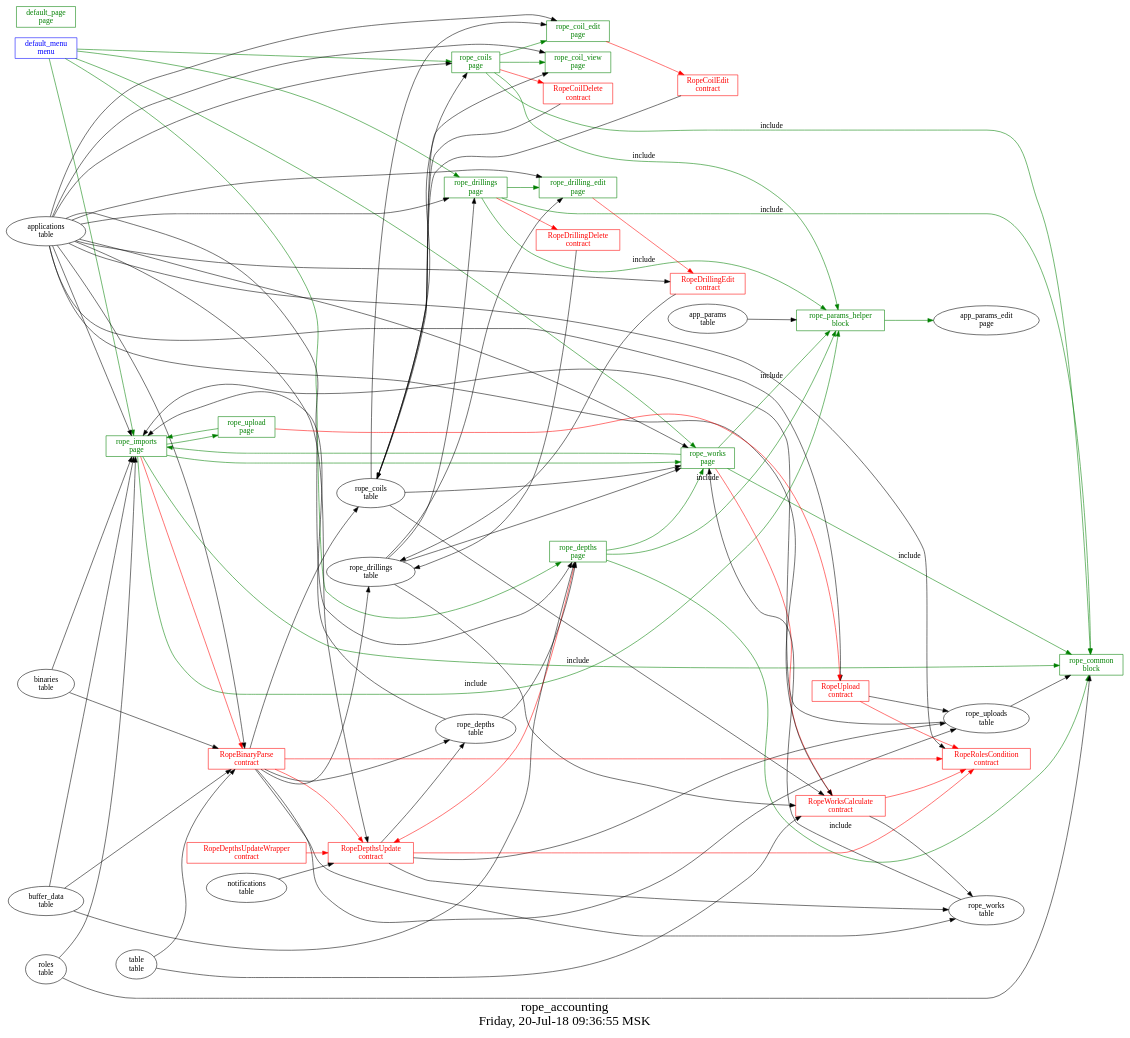
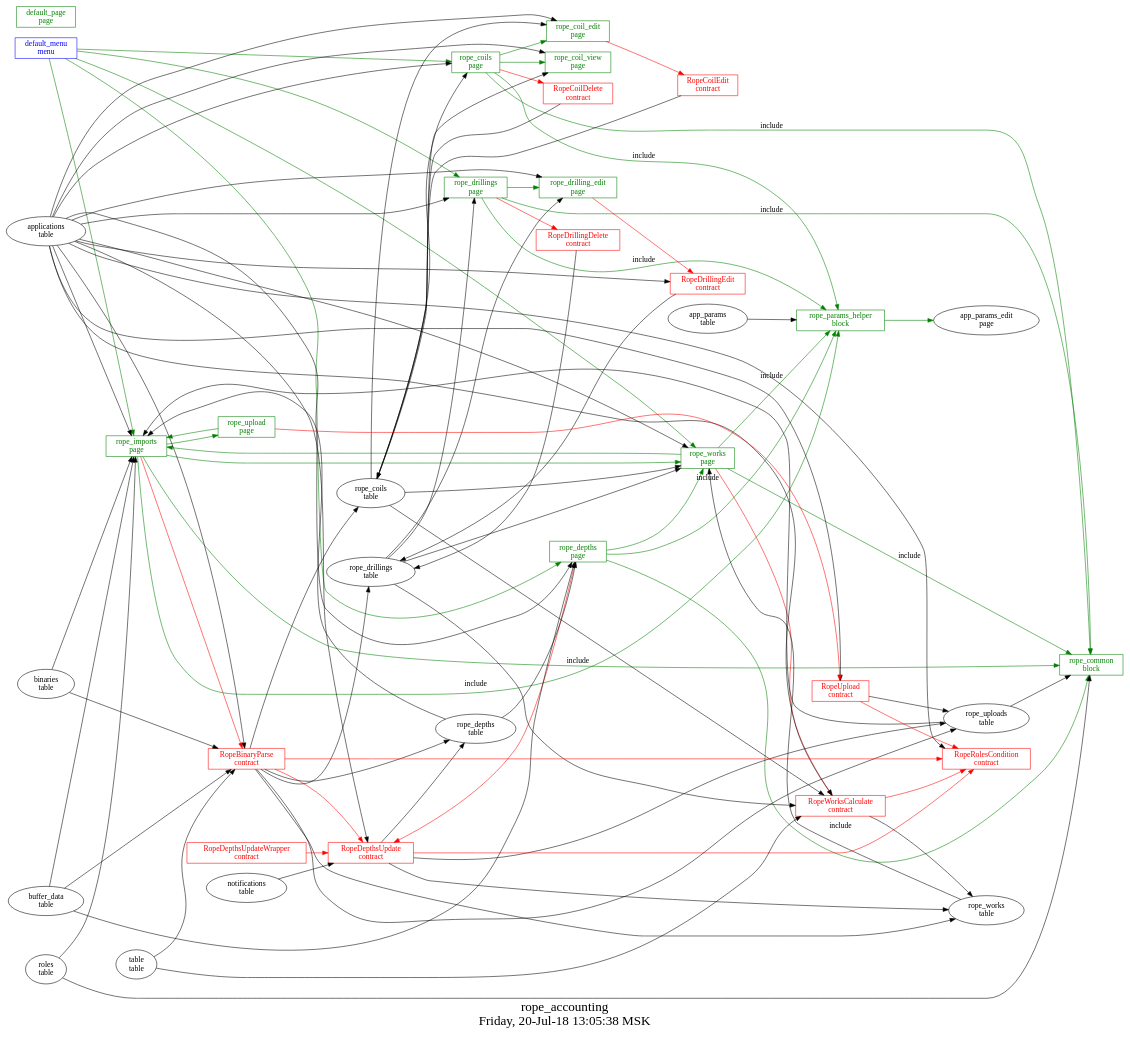
The diagram in src/rope_accounting/struct.dot (AplaProject/apps), drawn with Graphviz before and after one commit. The commit also changed 18 other files, not shown here.

```diff
--- a/src/rope_accounting/struct.dot
+++ b/src/rope_accounting/struct.dot
@@ -1,129 +1,129 @@
 digraph G {
 graph [
   fontsize="24";
-  label="rope_accounting\nFriday, 20-Jul-18 09:36:55 MSK";
+  label="rope_accounting\nFriday, 20-Jul-18 13:05:38 MSK";
   nojustify=true;
   ordering=out;
   rankdir=LR;
   size="30";
 ];
 "default_menu\nmenu" -> "rope_imports\npage"  [ color=green ]
 "default_menu\nmenu" -> "rope_works\npage"  [ color=green ]
 "default_menu\nmenu" -> "rope_depths\npage"  [ color=green ]
 "default_menu\nmenu" -> "rope_drillings\npage"  [ color=green ]
 "default_menu\nmenu" -> "rope_coils\npage"  [ color=green ]
 "default_menu\nmenu" [color=blue, fontcolor=blue, group=menus, shape=record];
 "default_page\npage" [color=green, fontcolor=green, group=pages, shape=record];
 "rope_coil_edit\npage" -> "RopeCoilEdit\ncontract"  [ color=red ]
 "applications\ntable" -> "rope_coil_edit\npage"
 "rope_coils\ntable" -> "rope_coil_edit\npage"
 "rope_coil_edit\npage" [color=green, fontcolor=green, group=pages, shape=record];
 "applications\ntable" -> "rope_coil_view\npage"
 "rope_coils\ntable" -> "rope_coil_view\npage"
 "rope_coil_view\npage" [color=green, fontcolor=green, group=pages, shape=record];
 "rope_coils\npage" -> "RopeCoilDelete\ncontract"  [ color=red ]
 "applications\ntable" -> "rope_coils\npage"
 "rope_coils\ntable" -> "rope_coils\npage"
 "rope_coils\npage" -> "rope_coil_edit\npage"  [ color=green ]
 "rope_coils\npage" -> "rope_coil_view\npage"  [ color=green ]
 "rope_coils\npage" -> "rope_common\nblock"  [ color=green, label=include ]
 "rope_coils\npage" -> "rope_params_helper\nblock"  [ color=green, label=include ]
 "rope_coils\npage" [color=green, fontcolor=green, group=pages, shape=record];
 "rope_depths\npage" -> "RopeDepthsUpdate\ncontract"  [ color=red ]
 "applications\ntable" -> "rope_depths\npage"
 "rope_depths\ntable" -> "rope_depths\npage"
 "buffer_data\ntable" -> "rope_depths\npage"
 "rope_depths\npage" -> "rope_works\npage"  [ color=green ]
 "rope_depths\npage" -> "rope_common\nblock"  [ color=green, label=include ]
 "rope_depths\npage" -> "rope_params_helper\nblock"  [ color=green, label=include ]
 "rope_depths\npage" [color=green, fontcolor=green, group=pages, shape=record];
 "rope_drilling_edit\npage" -> "RopeDrillingEdit\ncontract"  [ color=red ]
 "applications\ntable" -> "rope_drilling_edit\npage"
 "rope_drillings\ntable" -> "rope_drilling_edit\npage"
 "rope_drilling_edit\npage" [color=green, fontcolor=green, group=pages, shape=record];
 "rope_drillings\npage" -> "RopeDrillingDelete\ncontract"  [ color=red ]
 "applications\ntable" -> "rope_drillings\npage"
 "rope_drillings\ntable" -> "rope_drillings\npage"
 "rope_drillings\npage" -> "rope_drilling_edit\npage"  [ color=green ]
 "rope_drillings\npage" -> "rope_common\nblock"  [ color=green, label=include ]
 "rope_drillings\npage" -> "rope_params_helper\nblock"  [ color=green, label=include ]
 "rope_drillings\npage" [color=green, fontcolor=green, group=pages, shape=record];
 "rope_imports\npage" -> "RopeBinaryParse\ncontract"  [ color=red ]
 "applications\ntable" -> "rope_imports\npage"
 "roles\ntable" -> "rope_imports\npage"
 "rope_uploads\ntable" -> "rope_imports\npage"
 "binaries\ntable" -> "rope_imports\npage"
 "rope_depths\ntable" -> "rope_imports\npage"
 "buffer_data\ntable" -> "rope_imports\npage"
 "rope_imports\npage" -> "rope_upload\npage"  [ color=green ]
 "rope_imports\npage" -> "rope_works\npage"  [ color=green ]
 "rope_imports\npage" -> "rope_common\nblock"  [ color=green, label=include ]
 "rope_imports\npage" -> "rope_params_helper\nblock"  [ color=green, label=include ]
 "rope_imports\npage" [color=green, fontcolor=green, group=pages, shape=record];
 "rope_upload\npage" -> "RopeUpload\ncontract"  [ color=red ]
 "rope_upload\npage" -> "rope_imports\npage"  [ color=green ]
 "rope_upload\npage" [color=green, fontcolor=green, group=pages, shape=record];
 "rope_works\npage" -> "RopeWorksCalculate\ncontract"  [ color=red ]
 "applications\ntable" -> "rope_works\npage"
 "rope_works\ntable" -> "rope_works\npage"
 "rope_drillings\ntable" -> "rope_works\npage"
 "rope_coils\ntable" -> "rope_works\npage"
 "rope_works\npage" -> "rope_imports\npage"  [ color=green ]
 "rope_works\npage" -> "rope_common\nblock"  [ color=green, label=include ]
 "rope_works\npage" -> "rope_params_helper\nblock"  [ color=green, label=include ]
 "rope_works\npage" [color=green, fontcolor=green, group=pages, shape=record];
 "roles\ntable" -> "rope_common\nblock"
 "rope_uploads\ntable" -> "rope_common\nblock"
 "rope_common\nblock" [color=green, fontcolor=green, group=blocks, shape=record];
 "app_params\ntable" -> "rope_params_helper\nblock"
 "rope_params_helper\nblock" -> "app_params_edit\npage"  [ color=green ]
 "rope_params_helper\nblock" [color=green, fontcolor=green, group=blocks, shape=record];
 "RopeBinaryParse\ncontract" -> "RopeDepthsUpdate\ncontract"  [ color=red ]
 "RopeBinaryParse\ncontract" -> "RopeRolesCondition\ncontract"  [ color=red ]
 "RopeBinaryParse\ncontract" -> "rope_coils\ntable"  [ color="" ]
 "RopeBinaryParse\ncontract" -> "rope_drillings\ntable"  [ color="" ]
 "RopeBinaryParse\ncontract" -> "rope_works\ntable"  [ color="" ]
 "RopeBinaryParse\ncontract" -> "rope_depths\ntable"  [ color="" ]
 "RopeBinaryParse\ncontract" -> "rope_uploads\ntable"  [ color="" ]
 "table\ntable" -> "RopeBinaryParse\ncontract"
 "buffer_data\ntable" -> "RopeBinaryParse\ncontract"
 "binaries\ntable" -> "RopeBinaryParse\ncontract"
 "applications\ntable" -> "RopeBinaryParse\ncontract"
 "RopeBinaryParse\ncontract" [color=red, fontcolor=red, group=contracts, shape=record];
 "RopeCoilDelete\ncontract" -> "rope_coils\ntable"  [ color="" ]
 "RopeCoilDelete\ncontract" [color=red, fontcolor=red, group=contracts, shape=record];
 "RopeCoilEdit\ncontract" -> "rope_coils\ntable"  [ color="" ]
 "RopeCoilEdit\ncontract" [color=red, fontcolor=red, group=contracts, shape=record];
 "RopeDepthsUpdate\ncontract" -> "RopeRolesCondition\ncontract"  [ color=red ]
 "RopeDepthsUpdate\ncontract" -> "rope_uploads\ntable"  [ color="" ]
 "RopeDepthsUpdate\ncontract" -> "rope_works\ntable"  [ color="" ]
 "RopeDepthsUpdate\ncontract" -> "rope_depths\ntable"  [ color="" ]
 "notifications\ntable" -> "RopeDepthsUpdate\ncontract"
 "applications\ntable" -> "RopeDepthsUpdate\ncontract"
 "RopeDepthsUpdate\ncontract" [color=red, fontcolor=red, group=contracts, shape=record];
 "RopeDepthsUpdateWrapper\ncontract" -> "RopeDepthsUpdate\ncontract"  [ color=red ]
 "RopeDepthsUpdateWrapper\ncontract" [color=red, fontcolor=red, group=contracts, shape=record];
 "RopeDrillingDelete\ncontract" -> "rope_drillings\ntable"  [ color="" ]
 "RopeDrillingDelete\ncontract" [color=red, fontcolor=red, group=contracts, shape=record];
 "RopeDrillingEdit\ncontract" -> "rope_drillings\ntable"  [ color="" ]
 "applications\ntable" -> "RopeDrillingEdit\ncontract"
 "RopeDrillingEdit\ncontract" [color=red, fontcolor=red, group=contracts, shape=record];
 "applications\ntable" -> "RopeRolesCondition\ncontract"
 "RopeRolesCondition\ncontract" [color=red, fontcolor=red, group=contracts, shape=record];
 "RopeUpload\ncontract" -> "RopeRolesCondition\ncontract"  [ color=red ]
 "RopeUpload\ncontract" -> "rope_uploads\ntable"  [ color="" ]
 "applications\ntable" -> "RopeUpload\ncontract"
 "RopeUpload\ncontract" [color=red, fontcolor=red, group=contracts, shape=record];
 "RopeWorksCalculate\ncontract" -> "RopeRolesCondition\ncontract"  [ color=red ]
 "RopeWorksCalculate\ncontract" -> "rope_works\ntable"  [ color="" ]
 "table\ntable" -> "RopeWorksCalculate\ncontract"
 "applications\ntable" -> "RopeWorksCalculate\ncontract"
 "rope_coils\ntable" -> "RopeWorksCalculate\ncontract"
 "rope_drillings\ntable" -> "RopeWorksCalculate\ncontract"
 "RopeWorksCalculate\ncontract" [color=red, fontcolor=red, group=contracts, shape=record];
 "rope_coils\ntable" [color="", fontcolor="", group=tables, shape=""];
 "rope_depths\ntable" [color="", fontcolor="", group=tables, shape=""];
 "rope_drillings\ntable" [color="", fontcolor="", group=tables, shape=""];
 "rope_uploads\ntable" [color="", fontcolor="", group=tables, shape=""];
 "rope_works\ntable" [color="", fontcolor="", group=tables, shape=""];
 }
```
